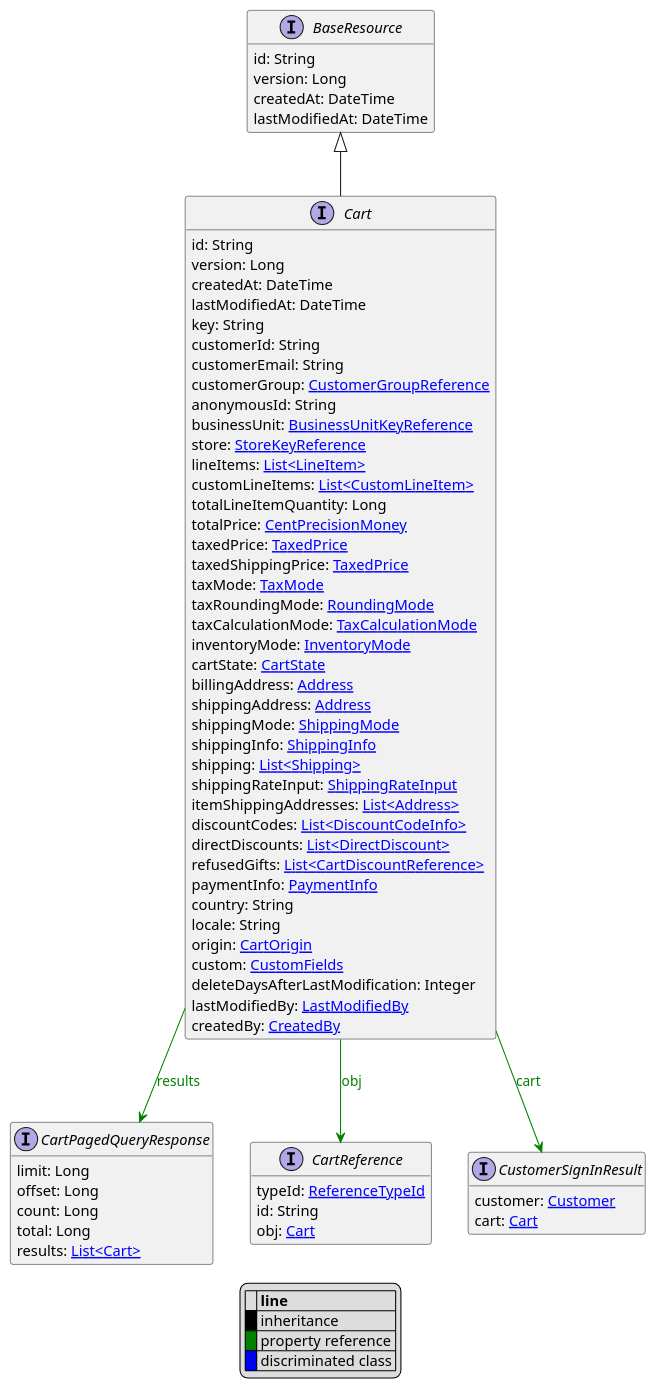
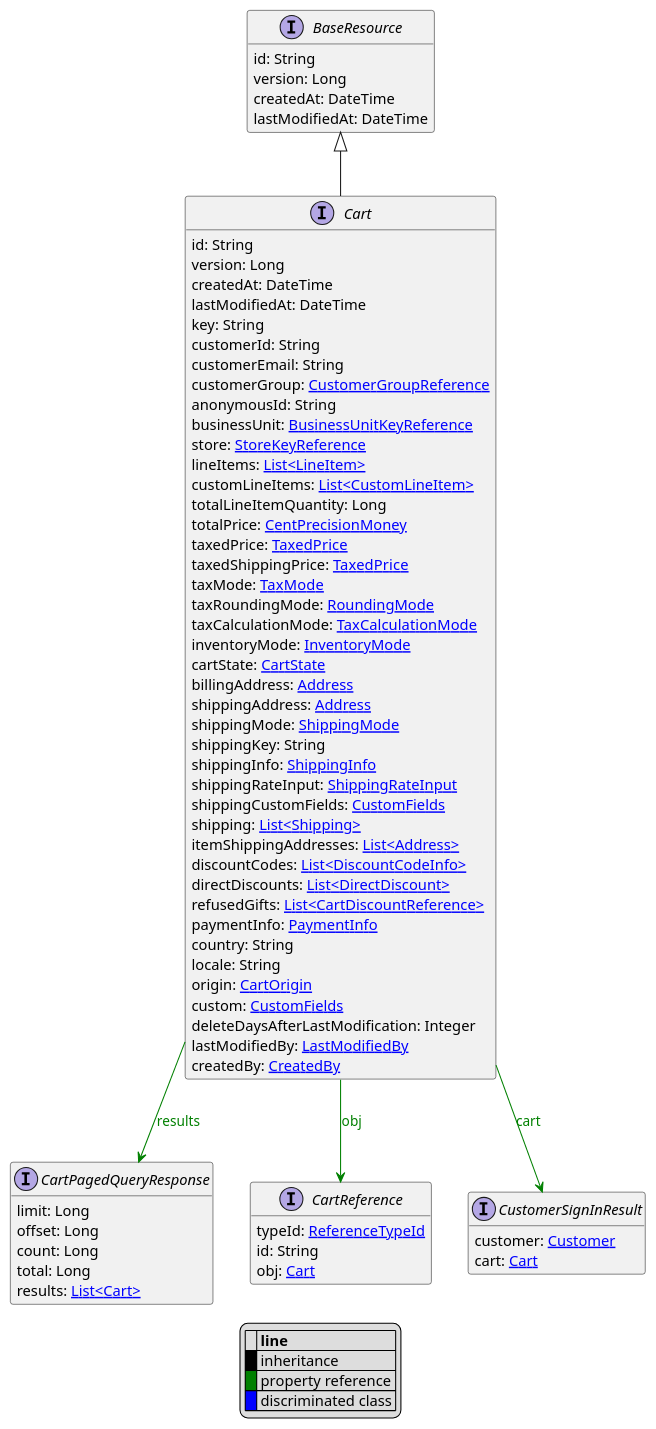
The diagram in uml/api/Cart.puml (commercetools/commercetools-api-reference), drawn with PlantUML before and after one commit. The commit also changed 76 other files, not shown here.

```diff
--- a/uml/api/Cart.puml
+++ b/uml/api/Cart.puml
@@ -1,81 +1,83 @@
 @startuml
 
 hide empty fields
 hide empty methods
 legend
 |= |= line |
 |<back:black>   </back>| inheritance |
 |<back:green>   </back>| property reference |
 |<back:blue>   </back>| discriminated class |
 endlegend
 interface Cart [[Cart.svg]] extends BaseResource {
     id: String
     version: Long
     createdAt: DateTime
     lastModifiedAt: DateTime
     key: String
     customerId: String
     customerEmail: String
     customerGroup: [[CustomerGroupReference.svg CustomerGroupReference]]
     anonymousId: String
     businessUnit: [[BusinessUnitKeyReference.svg BusinessUnitKeyReference]]
     store: [[StoreKeyReference.svg StoreKeyReference]]
     lineItems: [[LineItem.svg List<LineItem>]]
     customLineItems: [[CustomLineItem.svg List<CustomLineItem>]]
     totalLineItemQuantity: Long
     totalPrice: [[CentPrecisionMoney.svg CentPrecisionMoney]]
     taxedPrice: [[TaxedPrice.svg TaxedPrice]]
     taxedShippingPrice: [[TaxedPrice.svg TaxedPrice]]
     taxMode: [[TaxMode.svg TaxMode]]
     taxRoundingMode: [[RoundingMode.svg RoundingMode]]
     taxCalculationMode: [[TaxCalculationMode.svg TaxCalculationMode]]
     inventoryMode: [[InventoryMode.svg InventoryMode]]
     cartState: [[CartState.svg CartState]]
     billingAddress: [[Address.svg Address]]
     shippingAddress: [[Address.svg Address]]
     shippingMode: [[ShippingMode.svg ShippingMode]]
+    shippingKey: String
     shippingInfo: [[ShippingInfo.svg ShippingInfo]]
+    shippingRateInput: [[ShippingRateInput.svg ShippingRateInput]]
+    shippingCustomFields: [[CustomFields.svg CustomFields]]
     shipping: [[Shipping.svg List<Shipping>]]
-    shippingRateInput: [[ShippingRateInput.svg ShippingRateInput]]
     itemShippingAddresses: [[Address.svg List<Address>]]
     discountCodes: [[DiscountCodeInfo.svg List<DiscountCodeInfo>]]
     directDiscounts: [[DirectDiscount.svg List<DirectDiscount>]]
     refusedGifts: [[CartDiscountReference.svg List<CartDiscountReference>]]
     paymentInfo: [[PaymentInfo.svg PaymentInfo]]
     country: String
     locale: String
     origin: [[CartOrigin.svg CartOrigin]]
     custom: [[CustomFields.svg CustomFields]]
     deleteDaysAfterLastModification: Integer
     lastModifiedBy: [[LastModifiedBy.svg LastModifiedBy]]
     createdBy: [[CreatedBy.svg CreatedBy]]
 }
 interface BaseResource [[BaseResource.svg]]  {
     id: String
     version: Long
     createdAt: DateTime
     lastModifiedAt: DateTime
 }
 
 
 interface CartPagedQueryResponse [[CartPagedQueryResponse.svg]]  {
     limit: Long
     offset: Long
     count: Long
     total: Long
     results: [[Cart.svg List<Cart>]]
 }
 interface CartReference [[CartReference.svg]]  {
     typeId: [[ReferenceTypeId.svg ReferenceTypeId]]
     id: String
     obj: [[Cart.svg Cart]]
 }
 interface CustomerSignInResult [[CustomerSignInResult.svg]]  {
     customer: [[Customer.svg Customer]]
     cart: [[Cart.svg Cart]]
 }
 
 Cart --> CartPagedQueryResponse #green;text:green : "results"
 Cart --> CartReference #green;text:green : "obj"
 Cart --> CustomerSignInResult #green;text:green : "cart"
 @enduml
```
